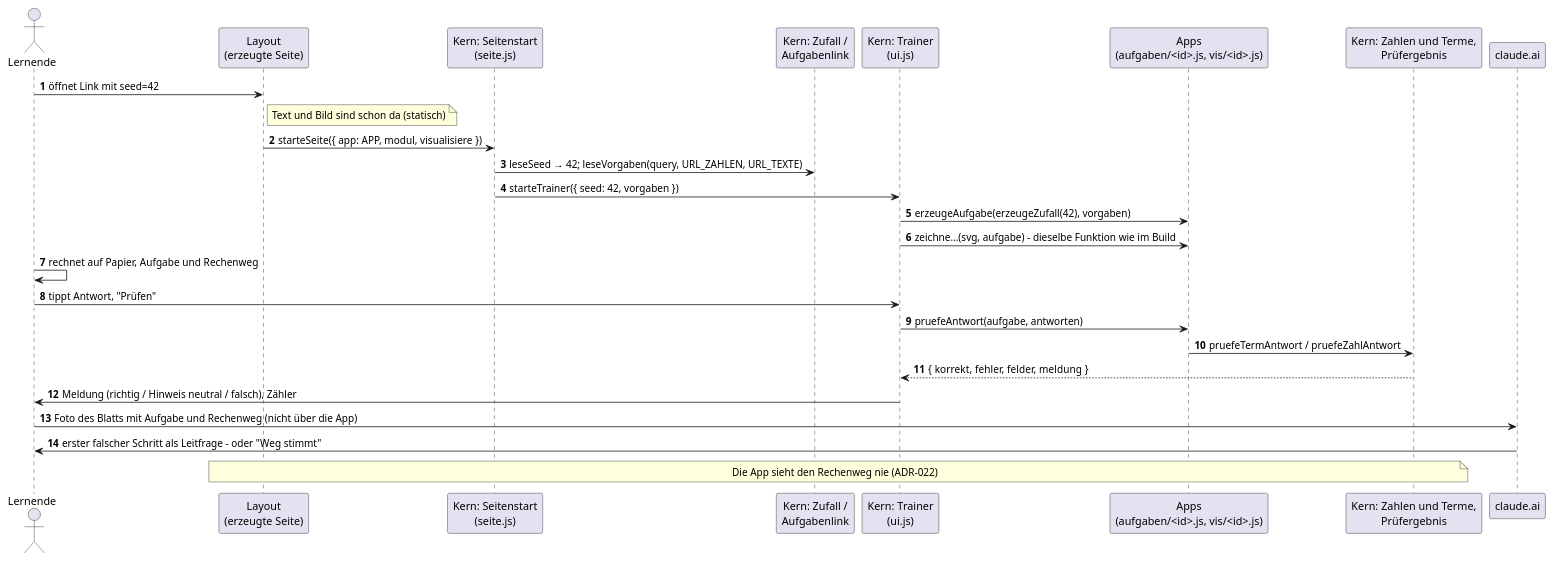
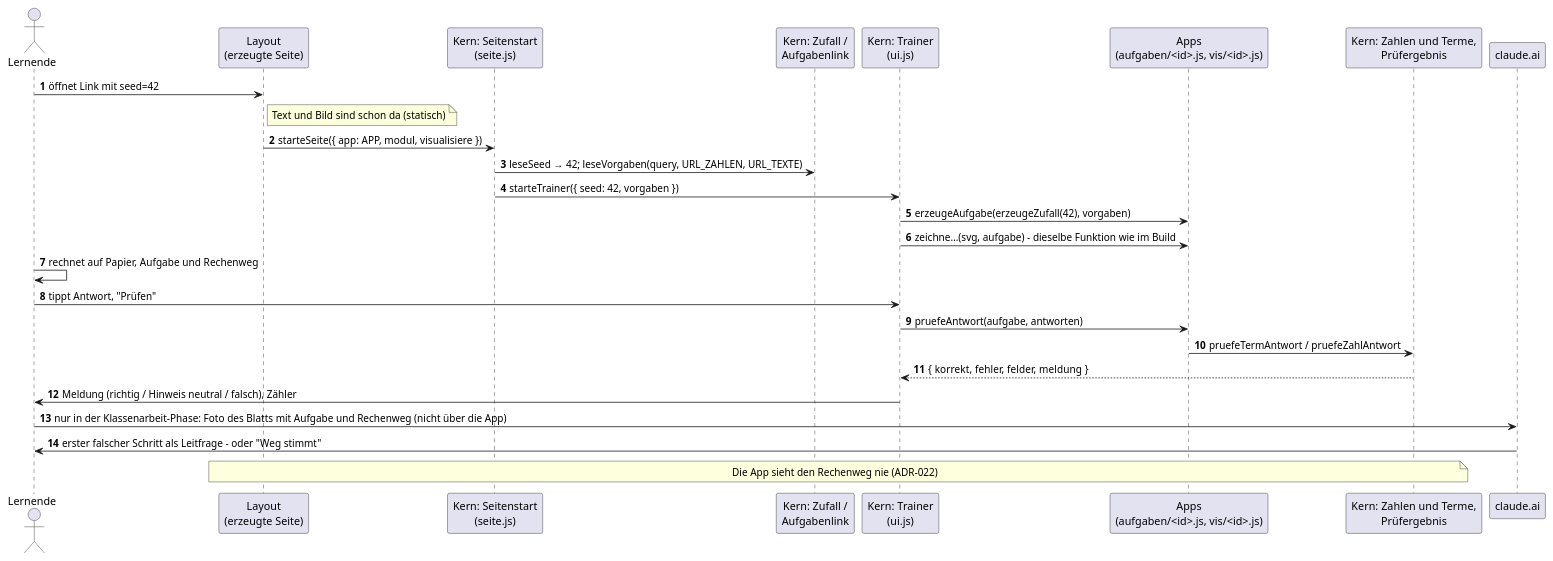
Before and after one commit to lernapps/lernapps.github.io: the second of 7 diagrams in src/docs/arc42/chapters/06_runtime_view.adoc, drawn with PlantUML. The commit also changed other lines of this file and 2 other files, not shown here.

```diff
--- a/src/docs/arc42/chapters/06_runtime_view.adoc
+++ b/src/docs/arc42/chapters/06_runtime_view.adoc
@@ -69,31 +70,31 @@
 [plantuml, target=laufzeit-aufgabe, format=svg]
 ....
 @startuml
 autonumber
 actor "Lernende" as kind
 participant "Layout\n(erzeugte Seite)" as seite
 participant "Kern: Seitenstart\n(seite.js)" as start
 participant "Kern: Zufall /\nAufgabenlink" as zufall
 participant "Kern: Trainer\n(ui.js)" as trainer
 participant "Apps\n(aufgaben/<id>.js, vis/<id>.js)" as app
 participant "Kern: Zahlen und Terme,\nPrüfergebnis" as zahlen
 participant "claude.ai" as claude
 
 kind -> seite : öffnet Link mit seed=42
 note right of seite : Text und Bild sind schon da (statisch)
 seite -> start : starteSeite({ app: APP, modul, visualisiere })
 start -> zufall : leseSeed → 42; leseVorgaben(query, URL_ZAHLEN, URL_TEXTE)
 start -> trainer : starteTrainer({ seed: 42, vorgaben })
 trainer -> app : erzeugeAufgabe(erzeugeZufall(42), vorgaben)
 trainer -> app : zeichne…(svg, aufgabe) – dieselbe Funktion wie im Build
 kind -> kind : rechnet auf Papier, Aufgabe und Rechenweg
 kind -> trainer : tippt Antwort, "Prüfen"
 trainer -> app : pruefeAntwort(aufgabe, antworten)
 app -> zahlen : pruefeTermAntwort / pruefeZahlAntwort
 zahlen --> trainer : { korrekt, fehler, felder, meldung }
 trainer -> kind : Meldung (richtig / Hinweis neutral / falsch), Zähler
-kind -> claude : Foto des Blatts mit Aufgabe und Rechenweg (nicht über die App)
+kind -> claude : nur in der Klassenarbeit-Phase: Foto des Blatts mit Aufgabe und Rechenweg (nicht über die App)
 claude -> kind : erster falscher Schritt als Leitfrage – oder "Weg stimmt"
 note over seite, zahlen : Die App sieht den Rechenweg nie (ADR-022)
 @enduml
 ....
```
